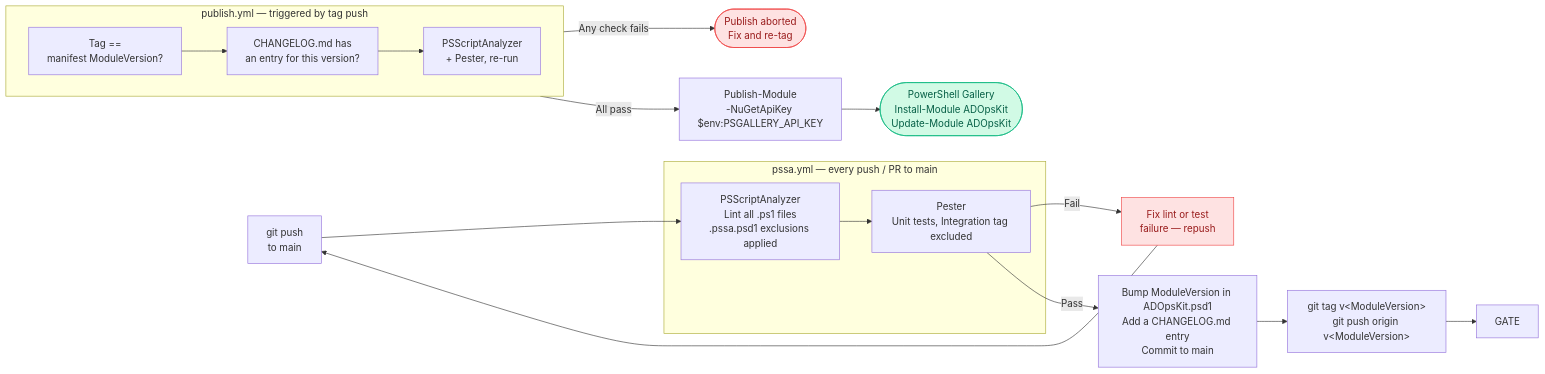
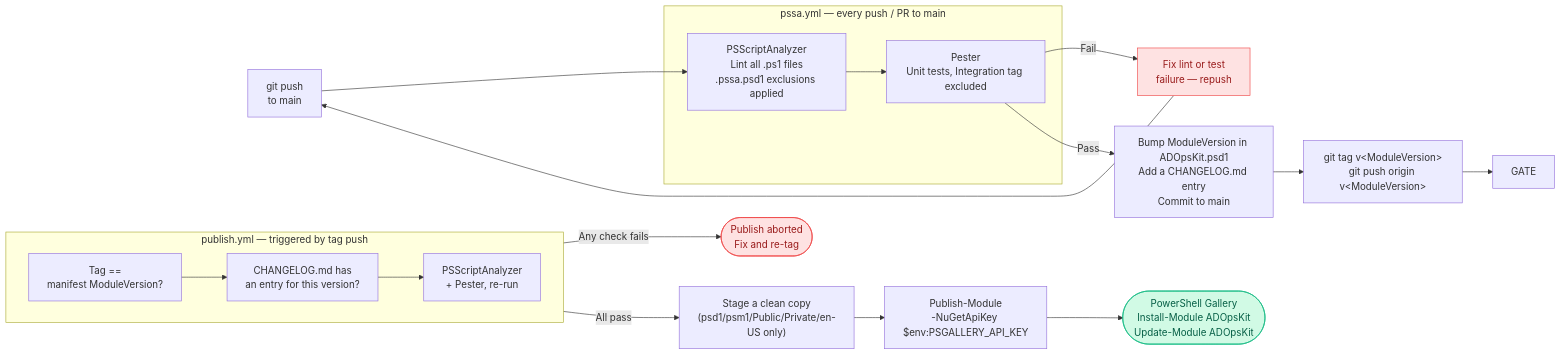
The fourth of 4 diagrams in WORKFLOW.md (Karanth1992/powershell-scripts), drawn with Mermaid before and after one commit. The commit also changed other lines of this file and 1 other file, not shown here.

````diff
--- a/WORKFLOW.md
+++ b/WORKFLOW.md
@@ -170,31 +170,32 @@
 ```mermaid
 flowchart LR
     PUSH["git push\nto main"] --> PSSA
 
     subgraph CI["pssa.yml — every push / PR to main"]
         PSSA["PSScriptAnalyzer\nLint all .ps1 files\n.pssa.psd1 exclusions applied"]
         PES["Pester\nUnit tests, Integration tag excluded"]
         PSSA --> PES
     end
 
     PES -->|Fail| FIX["Fix lint or test\nfailure — repush"]
     FIX --> PUSH
 
     PES -->|Pass| BUMP["Bump ModuleVersion in ADOpsKit.psd1\nAdd a CHANGELOG.md entry\nCommit to main"]
     BUMP --> TAG["git tag v&lt;ModuleVersion&gt;\ngit push origin v&lt;ModuleVersion&gt;"]
     TAG --> GATE
 
     subgraph PUBLISH["publish.yml — triggered by tag push"]
         direction LR
         V1["Tag ==\nmanifest ModuleVersion?"] --> V2["CHANGELOG.md has\nan entry for this version?"]
         V2 --> V3["PSScriptAnalyzer\n+ Pester, re-run"]
     end
 
     V3 -->|Any check fails| ABORT(["Publish aborted\nFix and re-tag"])
-    V3 -->|All pass| PUB["Publish-Module\n-NuGetApiKey $env:PSGALLERY_API_KEY"]
+    V3 -->|All pass| STAGE["Stage a clean copy\n(psd1/psm1/Public/Private/en-US only)"]
+    STAGE --> PUB["Publish-Module\n-NuGetApiKey $env:PSGALLERY_API_KEY"]
     PUB --> GAL(["PowerShell Gallery\nInstall-Module ADOpsKit\nUpdate-Module ADOpsKit"])
 
     style GAL fill:#d1fae5,stroke:#10b981,color:#065f46
     style FIX fill:#fee2e2,stroke:#ef4444,color:#991b1b
     style ABORT fill:#fee2e2,stroke:#ef4444,color:#991b1b
 ```
````
